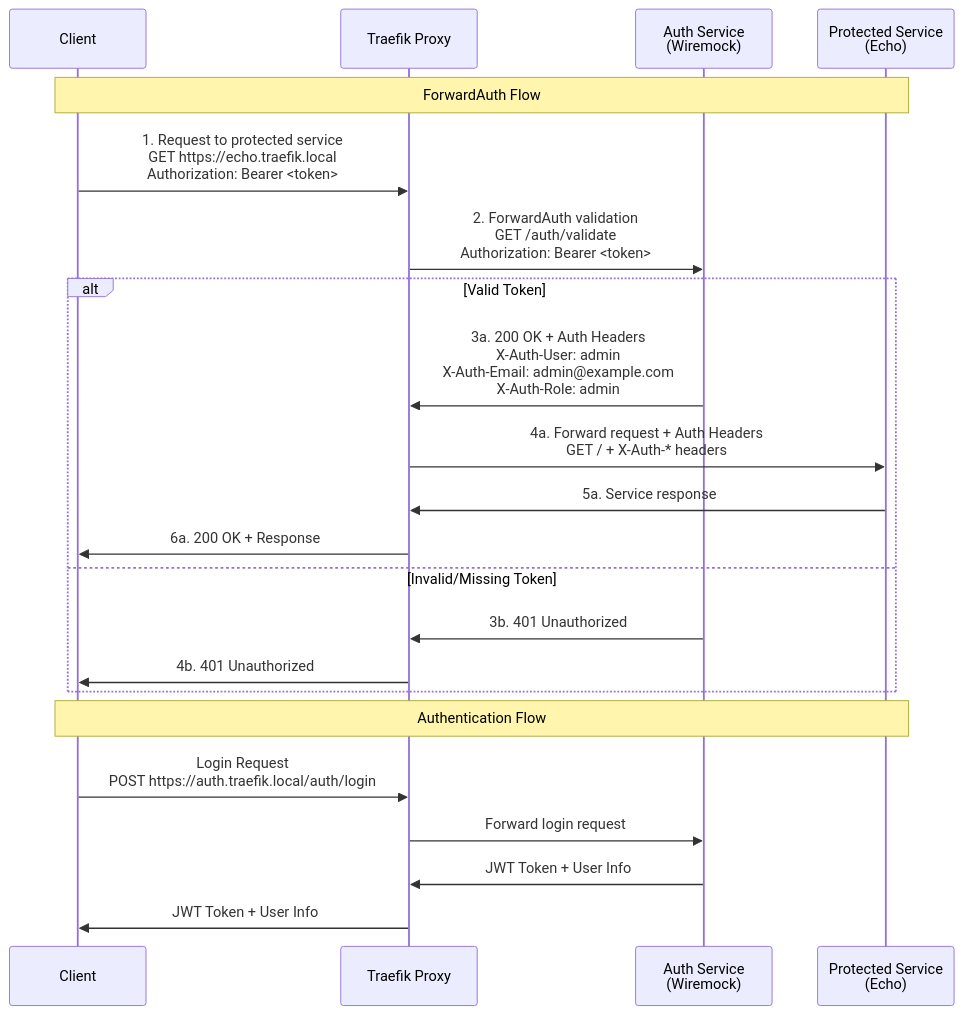
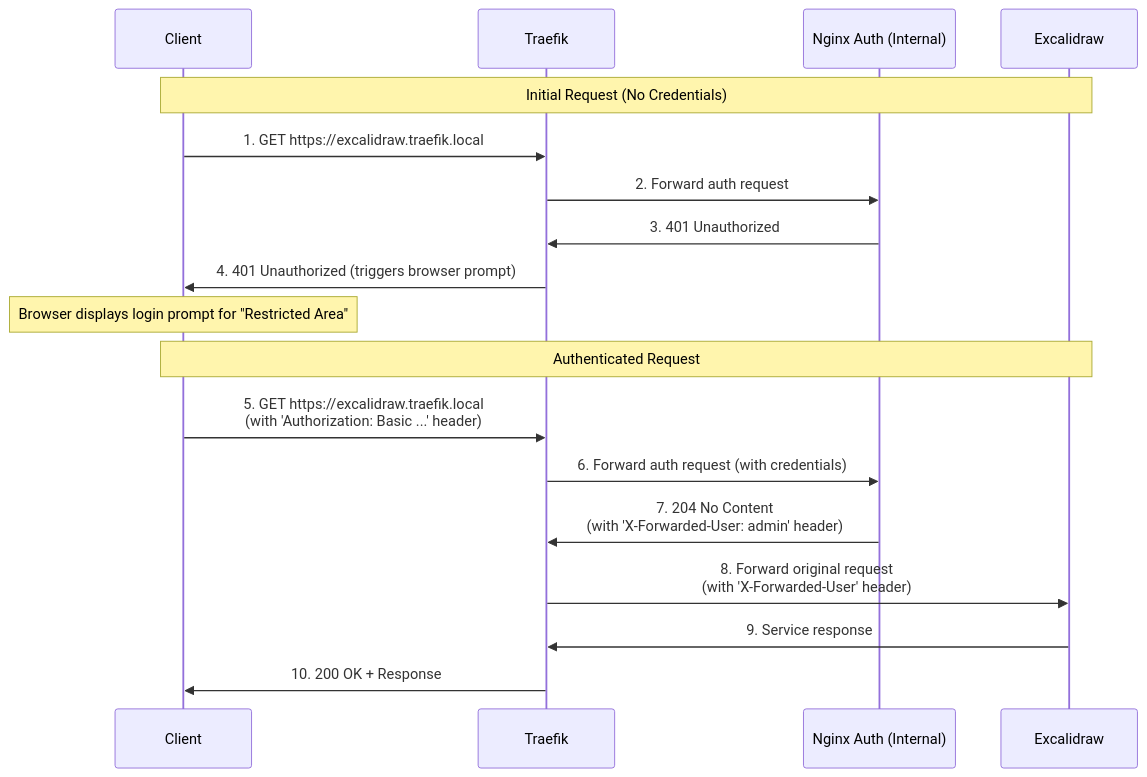
The second of 2 diagrams in README.md (Trung-DV/traefik-forwardauth), drawn with Mermaid before and after one commit. The commit also changed other lines of this file and 8 other files, not shown here.

Commit message:
Excalidraw auth by nginx

````diff
--- a/README.md
+++ b/README.md
@@ -97,30 +77,25 @@
 ```mermaid
 sequenceDiagram
     participant Client
-    participant Traefik as Traefik Proxy
-    participant Auth as Auth Service<br/>(Wiremock)
-    participant Echo as Protected Service<br/>(Echo)
+    participant Traefik
+    participant NginxAuth as Nginx Auth (Internal)
+    participant Excalidraw
 
-    Note over Client,Echo: ForwardAuth Flow
-    
-    Client->>Traefik: 1. Request to protected service<br/>GET https://echo.traefik.local<br/>Authorization: Bearer <token>
-    
-    Traefik->>Auth: 2. ForwardAuth validation<br/>GET /auth/validate<br/>Authorization: Bearer <token>
-    
-    alt Valid Token
-        Auth->>Traefik: 3a. 200 OK + Auth Headers<br/>X-Auth-User: admin<br/>X-Auth-Email: admin@example.com<br/>X-Auth-Role: admin
-        Traefik->>Echo: 4a. Forward request + Auth Headers<br/>GET / + X-Auth-* headers
-        Echo->>Traefik: 5a. Service response
-        Traefik->>Client: 6a. 200 OK + Response
-    else Invalid/Missing Token
-        Auth->>Traefik: 3b. 401 Unauthorized
-        Traefik->>Client: 4b. 401 Unauthorized
-    end
+    Note over Client,Excalidraw: Initial Request (No Credentials)
 
-    Note over Client,Echo: Authentication Flow
-    
-    Client->>Traefik: Login Request<br/>POST https://auth.traefik.local/auth/login
-    Traefik->>Auth: Forward login request
-    Auth->>Traefik: JWT Token + User Info
-    Traefik->>Client: JWT Token + User Info
+    Client->>Traefik: 1. GET https://excalidraw.traefik.local
+    Traefik->>NginxAuth: 2. Forward auth request
+    NginxAuth->>Traefik: 3. 401 Unauthorized
+    Traefik->>Client: 4. 401 Unauthorized (triggers browser prompt)
+
+    Note over Client: Browser displays login prompt for "Restricted Area"
+
+    Note over Client,Excalidraw: Authenticated Request
+
+    Client->>Traefik: 5. GET https://excalidraw.traefik.local<br/>(with 'Authorization: Basic ...' header)
+    Traefik->>NginxAuth: 6. Forward auth request (with credentials)
+    NginxAuth->>Traefik: 7. 204 No Content<br/>(with 'X-Forwarded-User: admin' header)
+    Traefik->>Excalidraw: 8. Forward original request<br/>(with 'X-Forwarded-User' header)
+    Excalidraw->>Traefik: 9. Service response
+    Traefik->>Client: 10. 200 OK + Response
 ```
````
